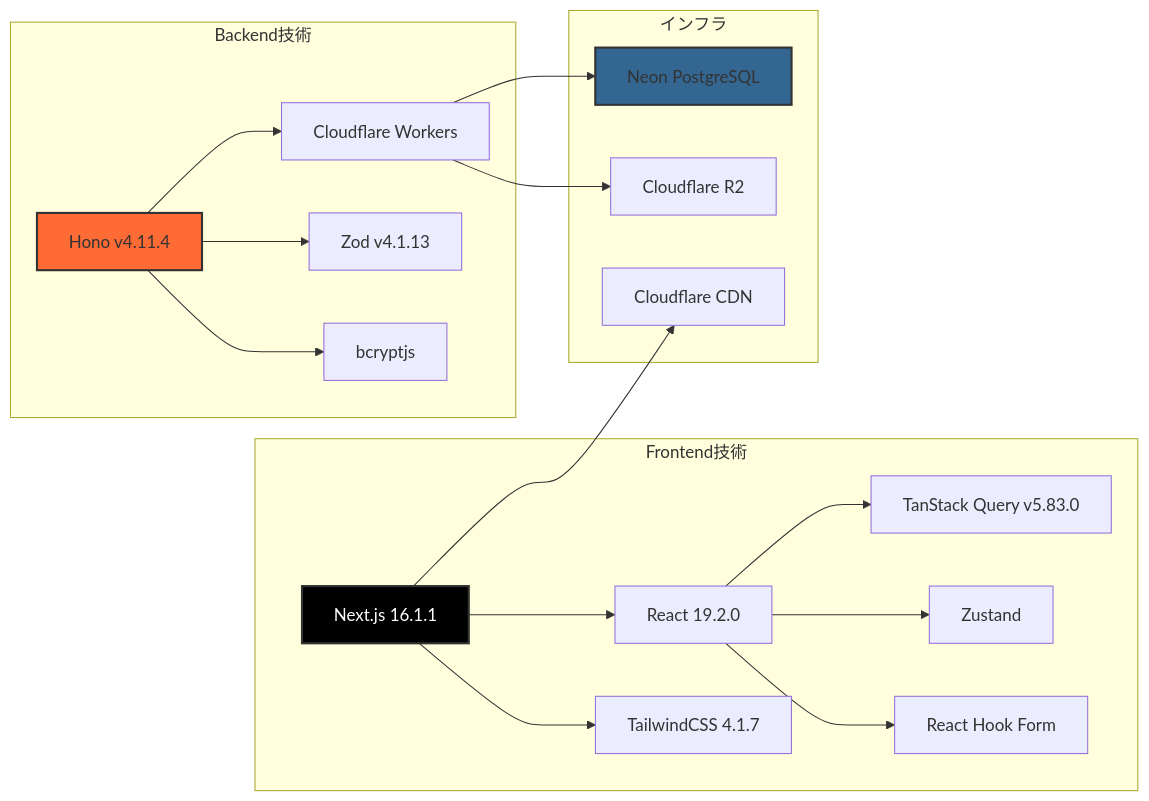
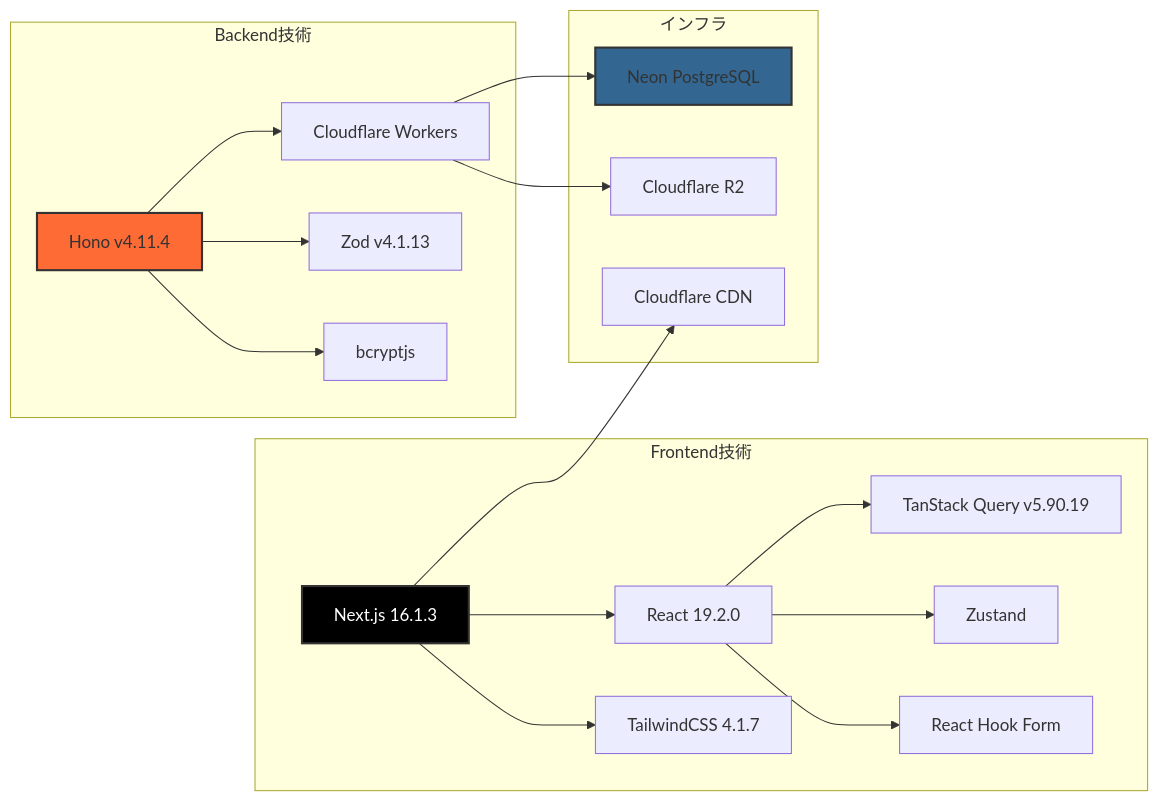
Before and after one commit to ProjectEuropa/Europa: the fourth of 4 diagrams in readme.md, drawn with Mermaid. The commit also changed other lines of this file, not shown here.

````diff
--- a/readme.md
+++ b/readme.md
@@ -296,42 +296,42 @@
 ```mermaid
 graph LR
     subgraph "Frontend技術"
-        NextJS[Next.js 16.1.1]
+        NextJS[Next.js 16.1.3]
         React[React 19.2.0]
         TailwindCSS[TailwindCSS 4.1.7]
-        TanStack[TanStack Query v5.83.0]
+        TanStack[TanStack Query v5.90.19]
         Zustand[Zustand]
         RHF[React Hook Form]
     end
 
     subgraph "Backend技術"
         Hono[Hono v4.11.4]
         Workers[Cloudflare Workers]
         Zod[Zod v4.1.13]
         Bcrypt[bcryptjs]
     end
 
     subgraph "インフラ"
         Neon[Neon PostgreSQL]
         R2[Cloudflare R2]
         CF[Cloudflare CDN]
     end
 
     NextJS --> React
     NextJS --> TailwindCSS
     React --> TanStack
     React --> Zustand
     React --> RHF
 
     Hono --> Workers
     Hono --> Zod
     Hono --> Bcrypt
 
     Workers --> Neon
     Workers --> R2
     NextJS --> CF
 
     style NextJS fill:#000,color:#fff,stroke:#333,stroke-width:2px
     style Hono fill:#ff6b35,stroke:#333,stroke-width:2px
     style Neon fill:#336791,stroke:#333,stroke-width:2px
 ```
````
